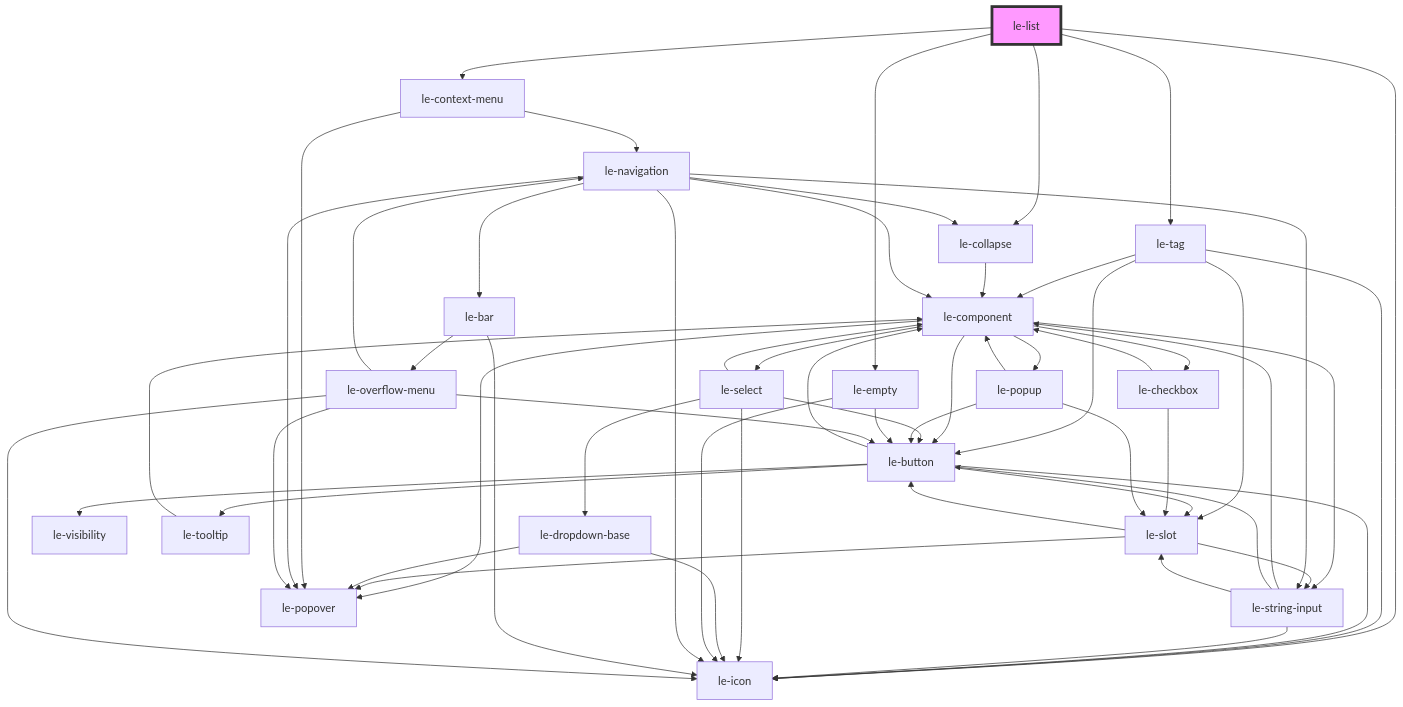
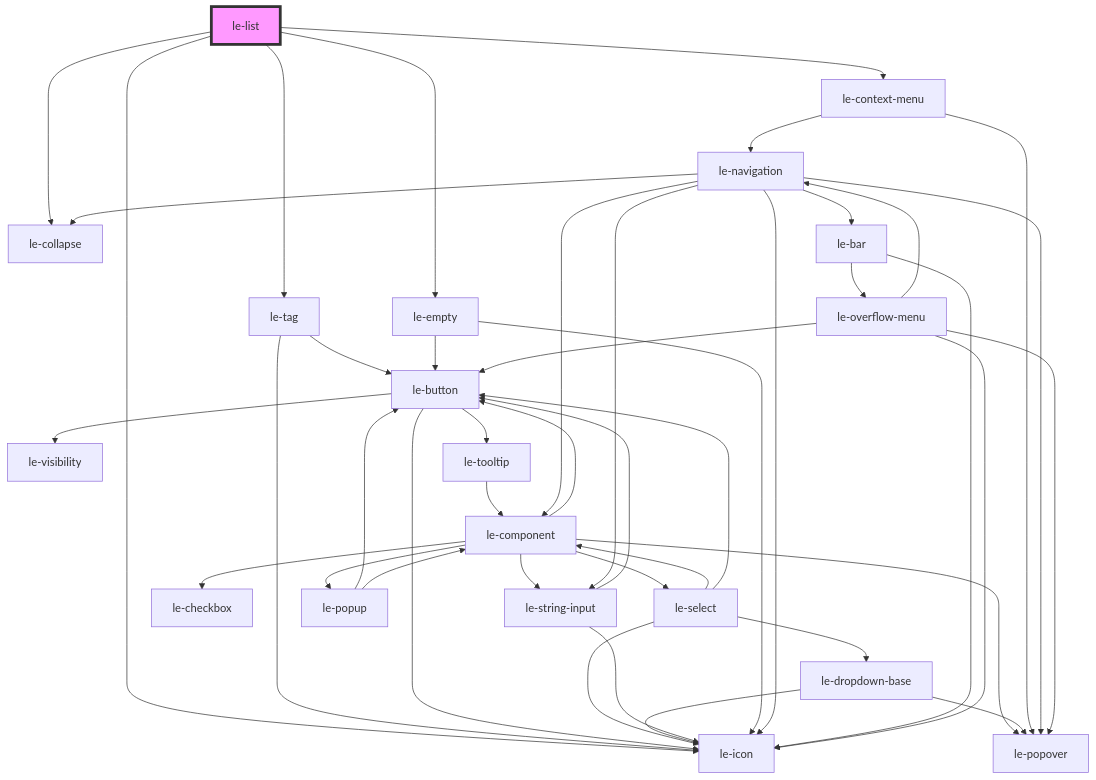
The diagram in packages/core/src/components/le-list/readme.md (leechy/le-kit), drawn with Mermaid before and after one commit. The commit also changed other lines of this file and 13 other files, not shown here.

````diff
--- a/packages/core/src/components/le-list/readme.md
+++ b/packages/core/src/components/le-list/readme.md
@@ -65,60 +136,47 @@
 ```mermaid
 graph TD;
   le-list --> le-icon
   le-list --> le-tag
   le-list --> le-collapse
   le-list --> le-empty
   le-list --> le-context-menu
-  le-tag --> le-component
-  le-tag --> le-slot
   le-tag --> le-button
   le-tag --> le-icon
+  le-button --> le-icon
+  le-button --> le-visibility
+  le-button --> le-tooltip
+  le-tooltip --> le-component
   le-component --> le-button
   le-component --> le-select
   le-component --> le-checkbox
   le-component --> le-string-input
   le-component --> le-popover
   le-component --> le-popup
-  le-button --> le-icon
-  le-button --> le-visibility
-  le-button --> le-slot
-  le-button --> le-component
-  le-button --> le-tooltip
-  le-slot --> le-popover
-  le-slot --> le-button
-  le-slot --> le-string-input
-  le-string-input --> le-component
-  le-string-input --> le-button
-  le-string-input --> le-icon
-  le-string-input --> le-slot
-  le-tooltip --> le-component
   le-select --> le-icon
   le-select --> le-component
   le-select --> le-dropdown-base
   le-select --> le-button
   le-dropdown-base --> le-icon
   le-dropdown-base --> le-popover
-  le-checkbox --> le-component
-  le-checkbox --> le-slot
-  le-popup --> le-slot
+  le-string-input --> le-button
+  le-string-input --> le-icon
   le-popup --> le-button
   le-popup --> le-component
-  le-collapse --> le-component
   le-empty --> le-icon
   le-empty --> le-button
   le-context-menu --> le-popover
   le-context-menu --> le-navigation
   le-navigation --> le-icon
   le-navigation --> le-string-input
   le-navigation --> le-collapse
   le-navigation --> le-popover
   le-navigation --> le-bar
   le-navigation --> le-component
   le-bar --> le-icon
   le-bar --> le-overflow-menu
   le-overflow-menu --> le-navigation
   le-overflow-menu --> le-popover
   le-overflow-menu --> le-button
   le-overflow-menu --> le-icon
   style le-list fill:#f9f,stroke:#333,stroke-width:4px
 ```
````
